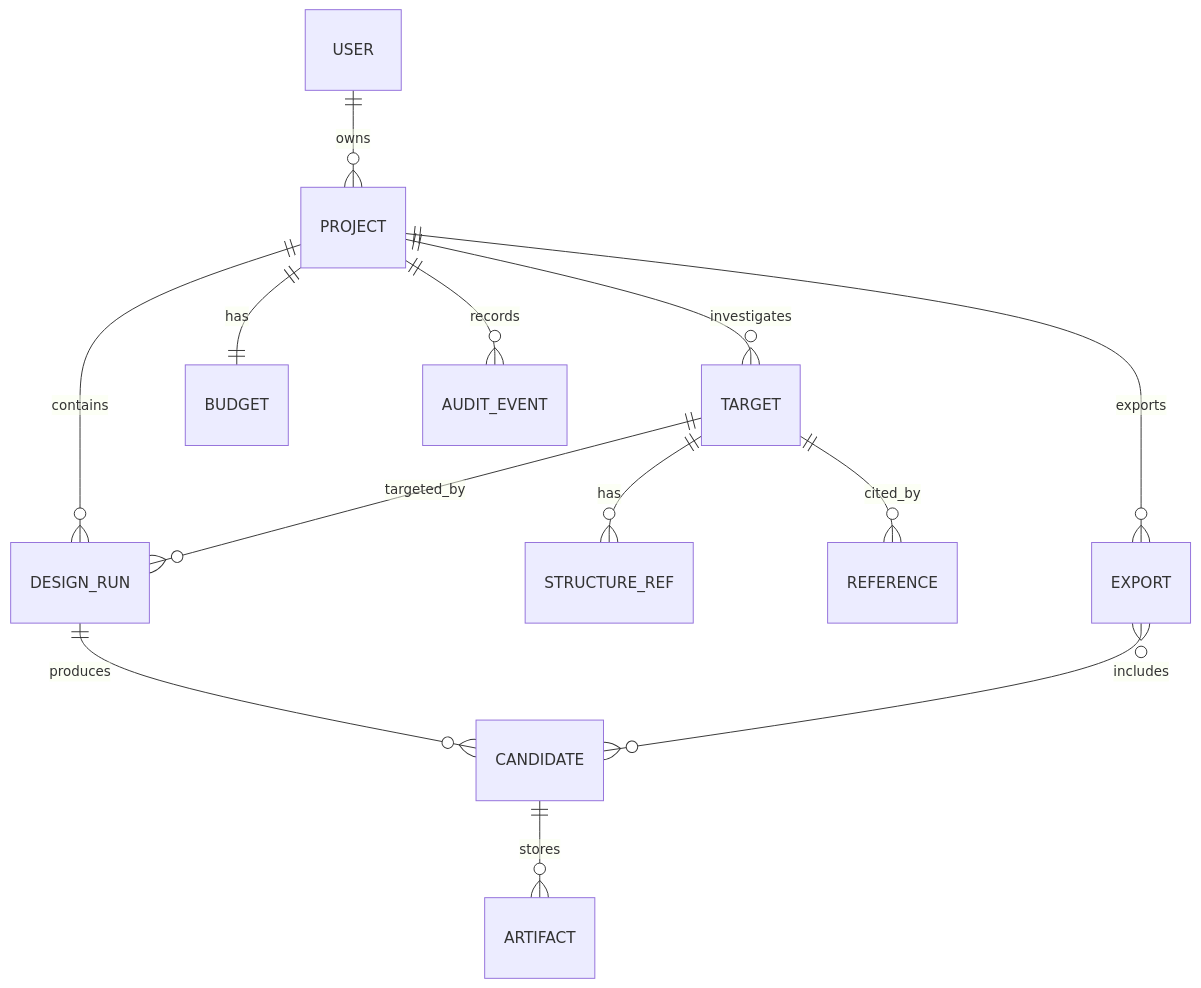
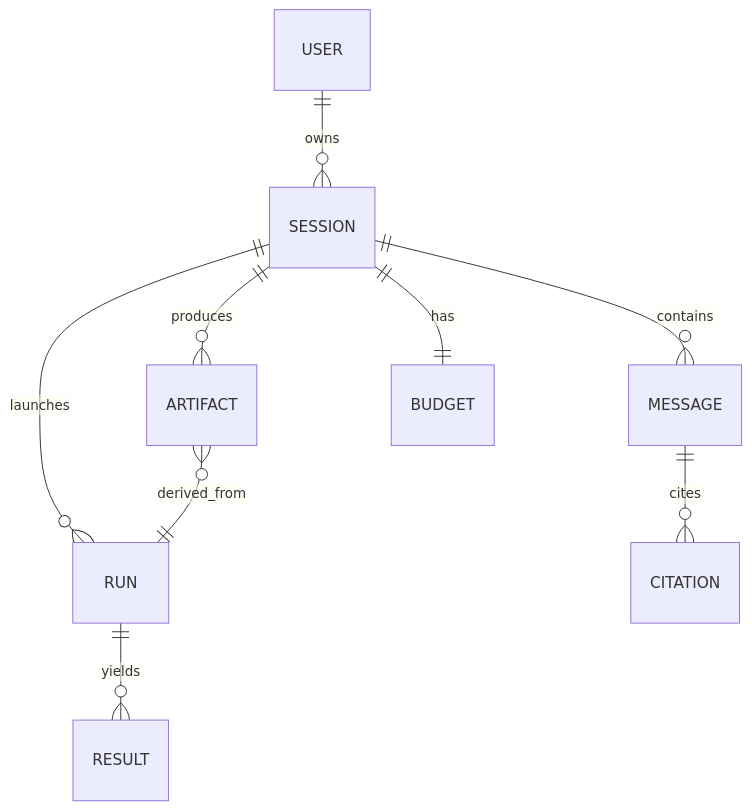
Before and after one commit to Abdullah-webd/biostruct: the second of 3 diagrams in ARCHITECTURE.md, drawn with Mermaid. The commit also changed other lines of this file and 1 other file, not shown here.

````diff
--- a/ARCHITECTURE.md
+++ b/ARCHITECTURE.md
@@ -540,15 +338,11 @@
 ```mermaid
 erDiagram
-    USER ||--o{ PROJECT : owns
-    PROJECT ||--o{ TARGET : investigates
-    PROJECT ||--o{ DESIGN_RUN : contains
-    PROJECT ||--|| BUDGET : has
-    PROJECT ||--o{ AUDIT_EVENT : records
-    TARGET ||--o{ STRUCTURE_REF : has
-    TARGET ||--o{ REFERENCE : cited_by
-    TARGET ||--o{ DESIGN_RUN : targeted_by
-    DESIGN_RUN ||--o{ CANDIDATE : produces
-    CANDIDATE ||--o{ ARTIFACT : stores
-    PROJECT ||--o{ EXPORT : exports
-    EXPORT }o--o{ CANDIDATE : includes
+  USER ||--o{ SESSION : owns
+  SESSION ||--o{ MESSAGE : contains
+  SESSION ||--o{ ARTIFACT : produces
+  SESSION ||--|| BUDGET : has
+  SESSION ||--o{ RUN : launches
+  RUN ||--o{ RESULT : yields
+  ARTIFACT }o--|| RUN : derived_from
+  MESSAGE ||--o{ CITATION : cites
 ```
````
